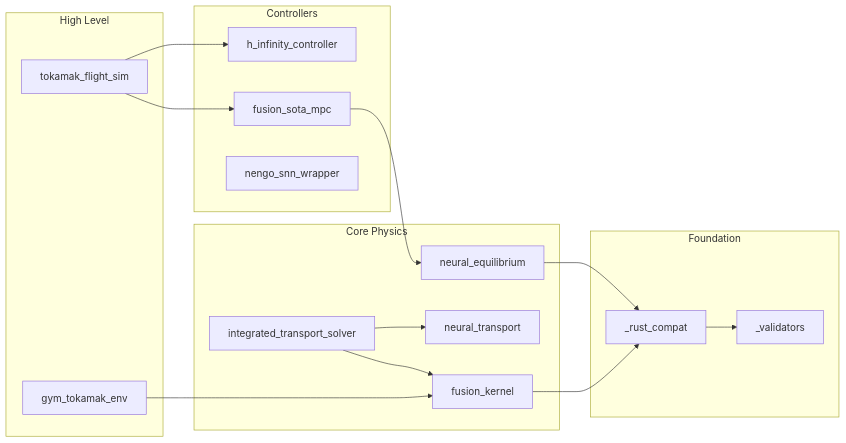
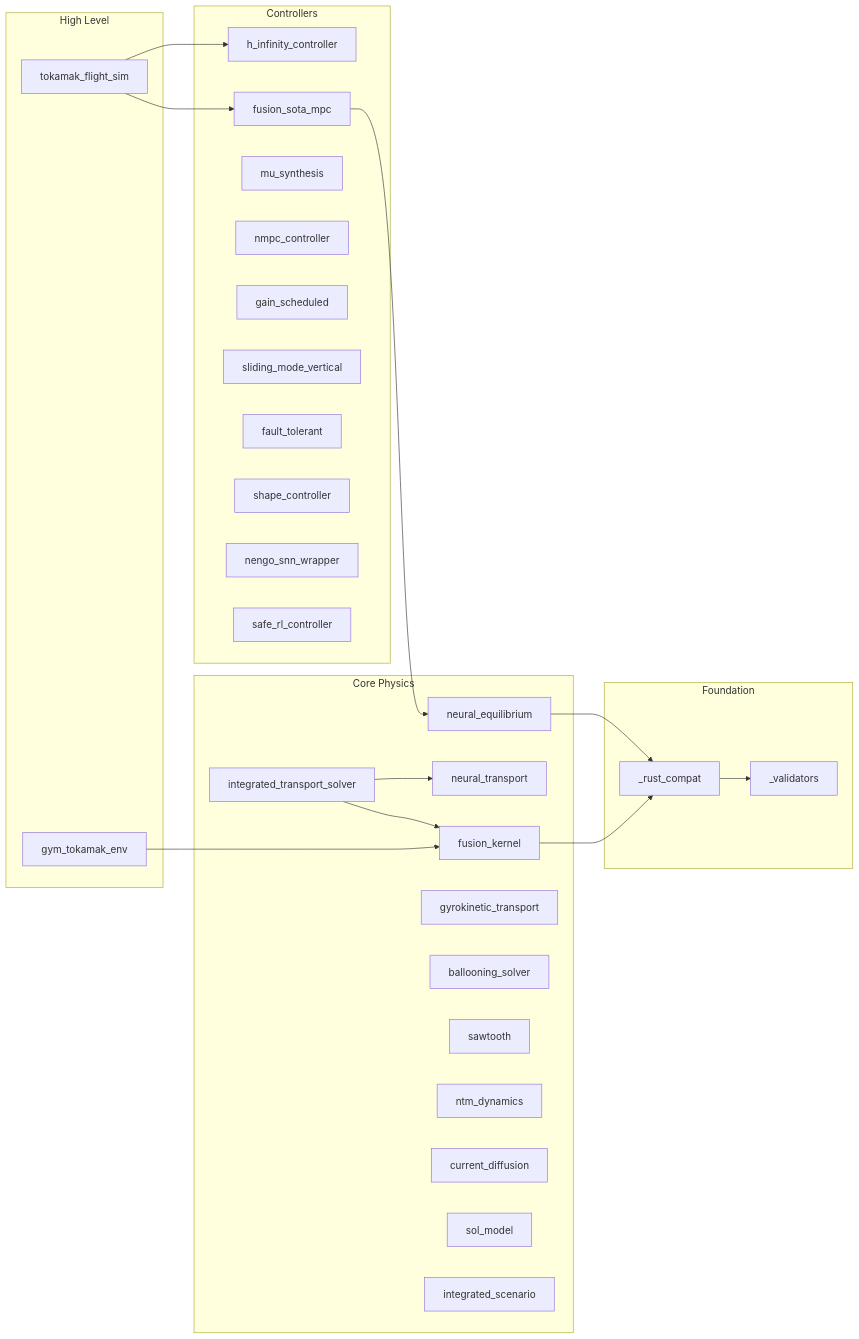
The second of 4 diagrams in docs/architecture.md (anulum/scpn-control), drawn with Mermaid before and after one commit. The commit also changed other lines of this file and 9 other files, not shown here.

````diff
--- a/docs/architecture.md
+++ b/docs/architecture.md
@@ -81,35 +92,49 @@
 ```mermaid
 graph LR
     subgraph "High Level"
         FS[tokamak_flight_sim]
         GYM[gym_tokamak_env]
     end
 
     subgraph "Controllers"
         MPC[fusion_sota_mpc]
         HINF[h_infinity_controller]
+        MU[mu_synthesis]
+        NMPC[nmpc_controller]
+        GS_CTRL[gain_scheduled]
+        SM[sliding_mode_vertical]
+        FT[fault_tolerant]
+        SC[shape_controller]
         SNN[nengo_snn_wrapper]
+        SRL[safe_rl_controller]
     end
 
     subgraph "Core Physics"
         ITS[integrated_transport_solver]
         FK[fusion_kernel]
         NEQ[neural_equilibrium]
         NT[neural_transport]
+        GT[gyrokinetic_transport]
+        BS[ballooning_solver]
+        ST[sawtooth]
+        NTM[ntm_dynamics]
+        CD[current_diffusion]
+        SOL[sol_model]
+        ISS[integrated_scenario]
     end
 
     subgraph "Foundation"
         RC[_rust_compat]
         VAL[_validators]
     end
 
     FS --> MPC
     FS --> HINF
     GYM --> FK
     MPC --> NEQ
     ITS --> FK
     ITS --> NT
     FK --> RC
     NEQ --> RC
     RC --> VAL
 ```
````
